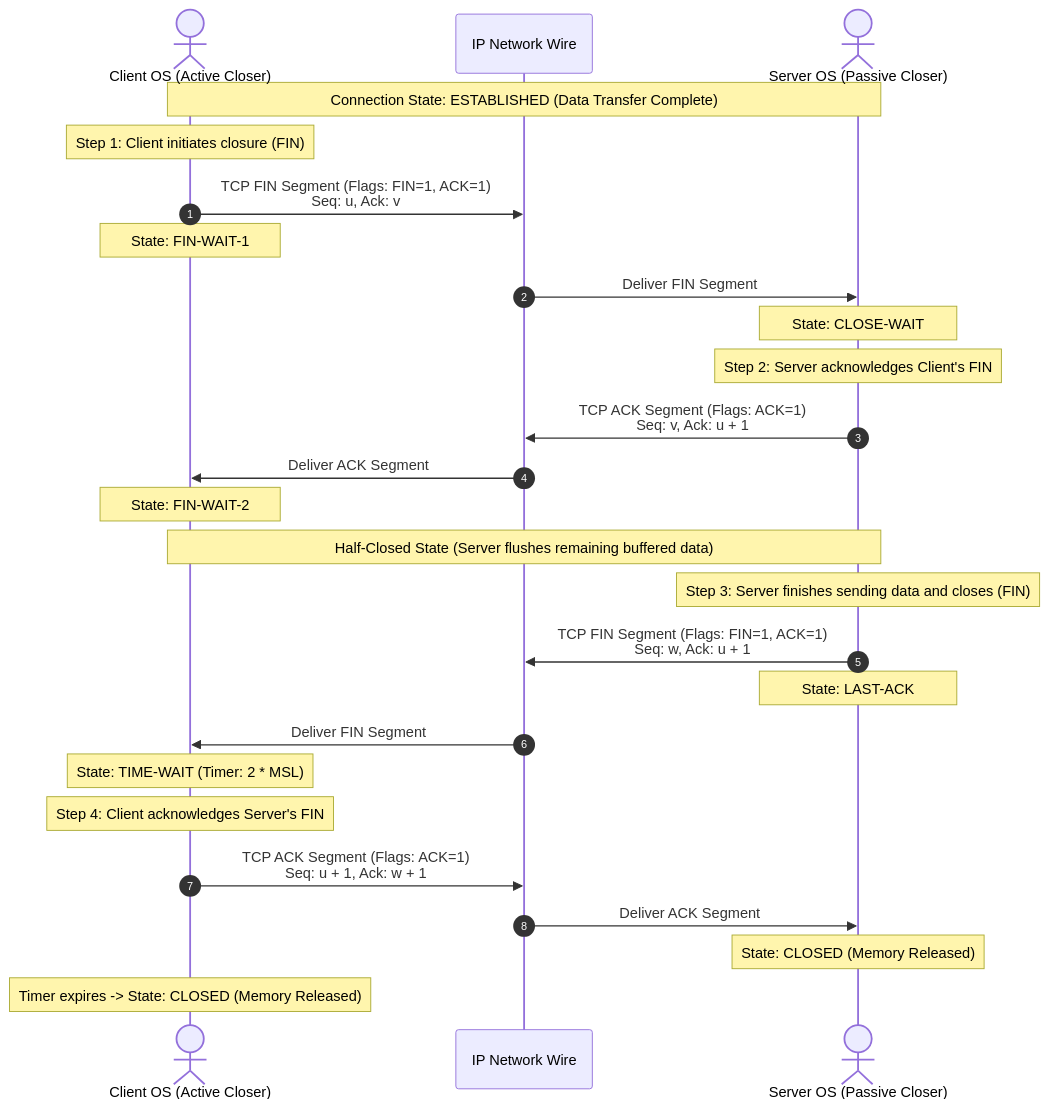
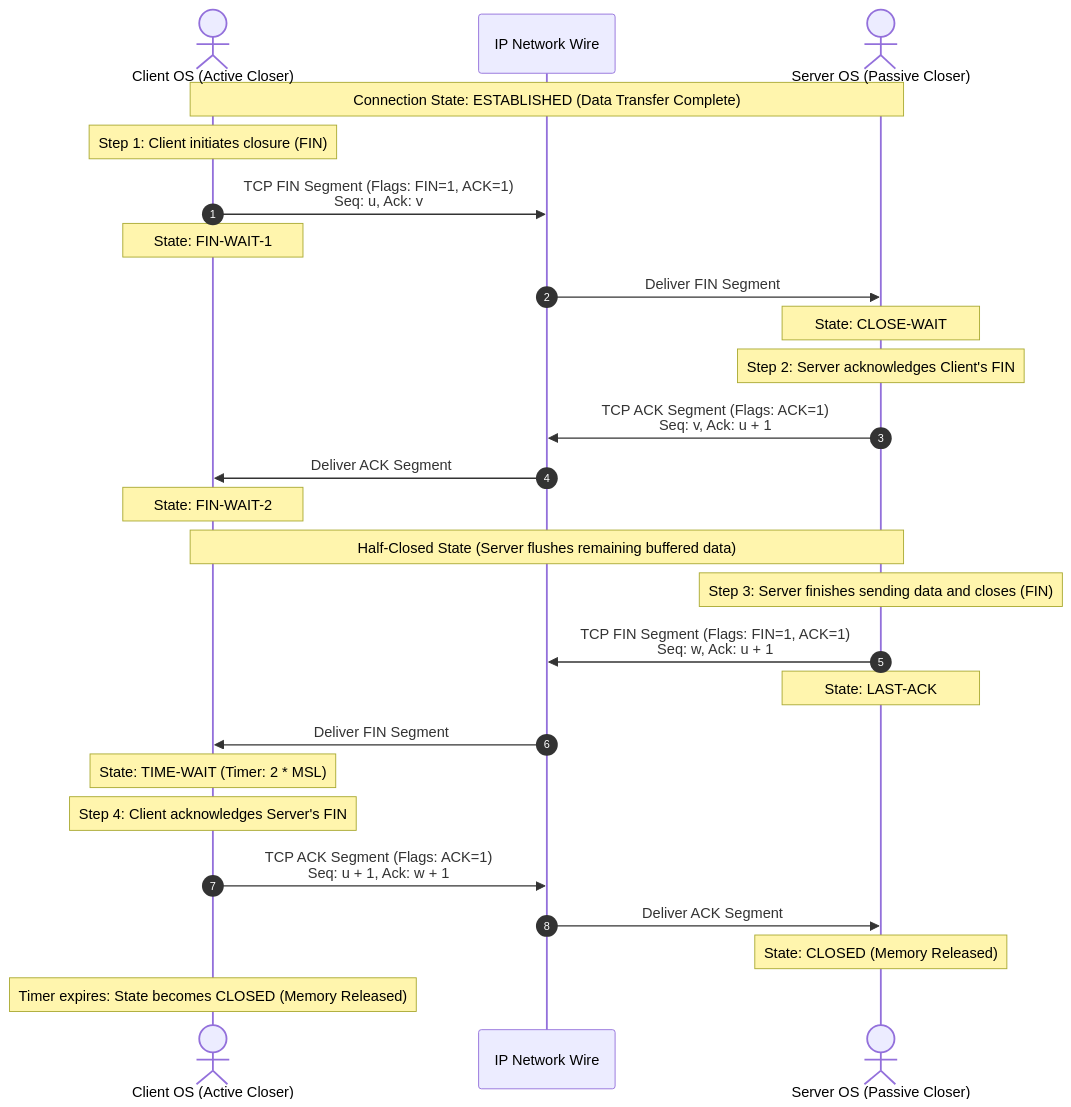
The second of 3 diagrams in content/posts/networking/ch17-tcp-connection-termination-four-way-handshake.mdx (ayuslharora/blog-ayuslh), drawn with Mermaid before and after one commit. The commit also changed other lines of this file and 1 other file, not shown here.

Commit message:
Fix Mermaid diagram syntax in Ch.17 post

````diff
--- a/content/posts/networking/ch17-tcp-connection-termination-four-way-handshake.mdx
+++ b/content/posts/networking/ch17-tcp-connection-termination-four-way-handshake.mdx
@@ -60,35 +60,35 @@
 ```mermaid
 sequenceDiagram
     autonumber
     actor Client as Client OS (Active Closer)
     participant Wire as IP Network Wire
     actor Server as Server OS (Passive Closer)
 
     Note over Client, Server: Connection State: ESTABLISHED (Data Transfer Complete)
 
     Note over Client: Step 1: Client initiates closure (FIN)
     Client->>Wire: TCP FIN Segment (Flags: FIN=1, ACK=1)<br/>Seq: u, Ack: v
     Note over Client: State: FIN-WAIT-1
     Wire->>Server: Deliver FIN Segment
 
     Note over Server: State: CLOSE-WAIT
     Note over Server: Step 2: Server acknowledges Client's FIN
     Server->>Wire: TCP ACK Segment (Flags: ACK=1)<br/>Seq: v, Ack: u + 1
     Wire->>Client: Deliver ACK Segment
 
     Note over Client: State: FIN-WAIT-2
     Note over Client, Server: Half-Closed State (Server flushes remaining buffered data)
 
     Note over Server: Step 3: Server finishes sending data and closes (FIN)
     Server->>Wire: TCP FIN Segment (Flags: FIN=1, ACK=1)<br/>Seq: w, Ack: u + 1
     Note over Server: State: LAST-ACK
     Wire->>Client: Deliver FIN Segment
 
     Note over Client: State: TIME-WAIT (Timer: 2 * MSL)
     Note over Client: Step 4: Client acknowledges Server's FIN
     Client->>Wire: TCP ACK Segment (Flags: ACK=1)<br/>Seq: u + 1, Ack: w + 1
     Wire->>Server: Deliver ACK Segment
 
     Note over Server: State: CLOSED (Memory Released)
-    Note over Client: Timer expires -> State: CLOSED (Memory Released)
+    Note over Client: Timer expires: State becomes CLOSED (Memory Released)
 ```
````
